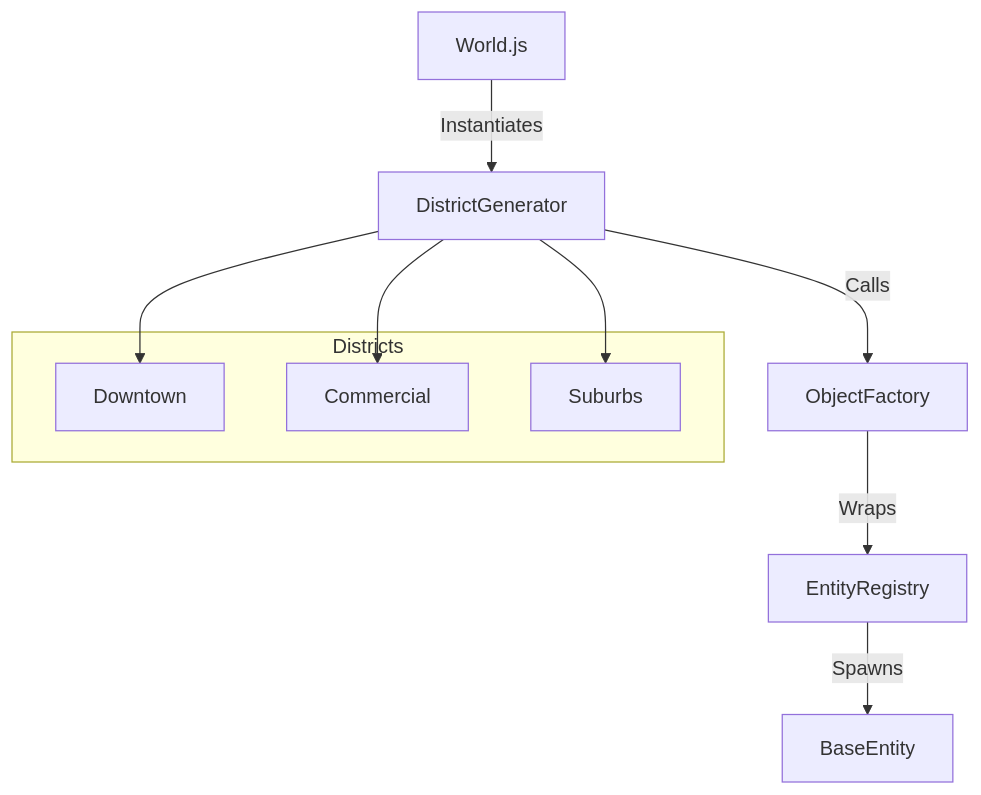
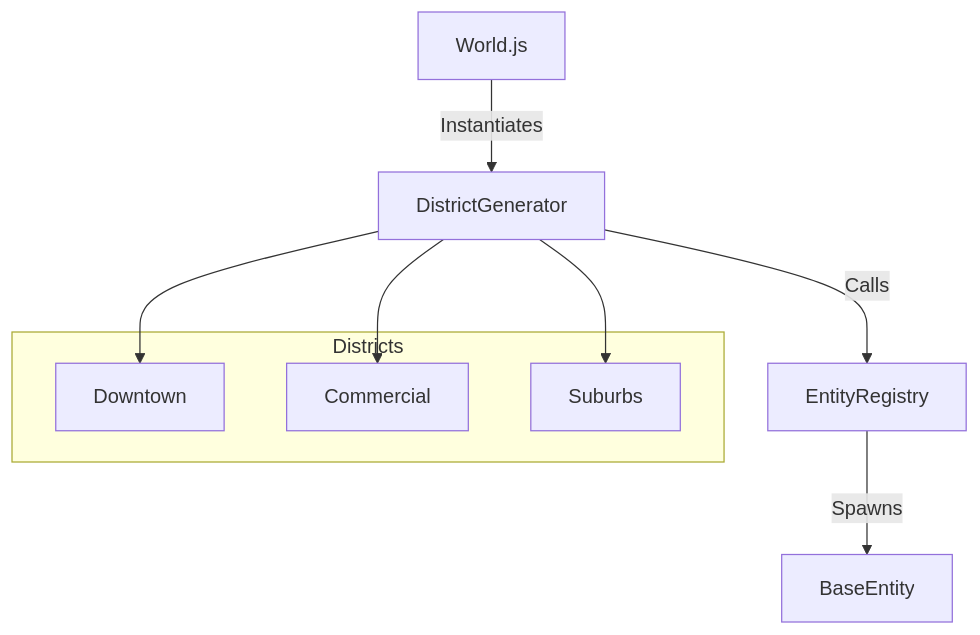
Before and after one commit to DanteMarone/Drone-City-Flight: the diagram in docs/world_generation.md, drawn with Mermaid. The commit also changed other lines of this file and 2 other files, not shown here.

First line of the commit message:
Scroll: Document Vehicle System and update World Gen docs

````diff
--- a/docs/world_generation.md
+++ b/docs/world_generation.md
@@ -10,17 +10,16 @@
 ```mermaid
 graph TD
     World[World.js] -->|Instantiates| Gen[DistrictGenerator]
-    Gen -->|Calls| Factory[ObjectFactory]
-    Factory -->|Wraps| Registry[EntityRegistry]
+    Gen -->|Calls| Registry[EntityRegistry]
     Registry -->|Spawns| Entity[BaseEntity]
 
     subgraph Districts
         D1[Downtown]
         D2[Commercial]
         D3[Suburbs]
     end
 
     Gen --> D1
     Gen --> D2
     Gen --> D3
 ```
````
